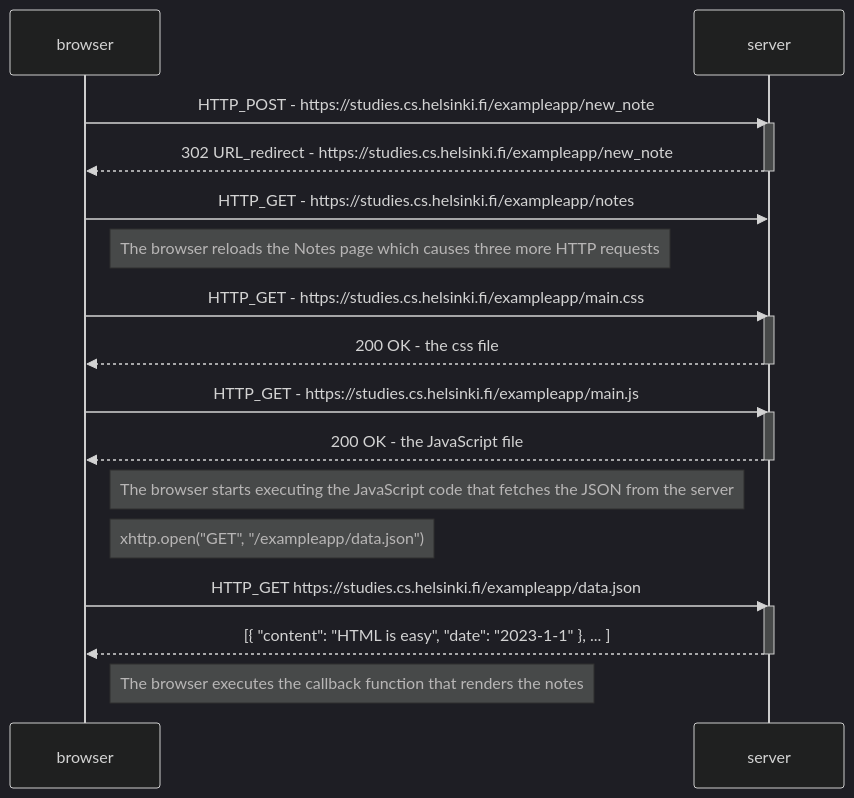
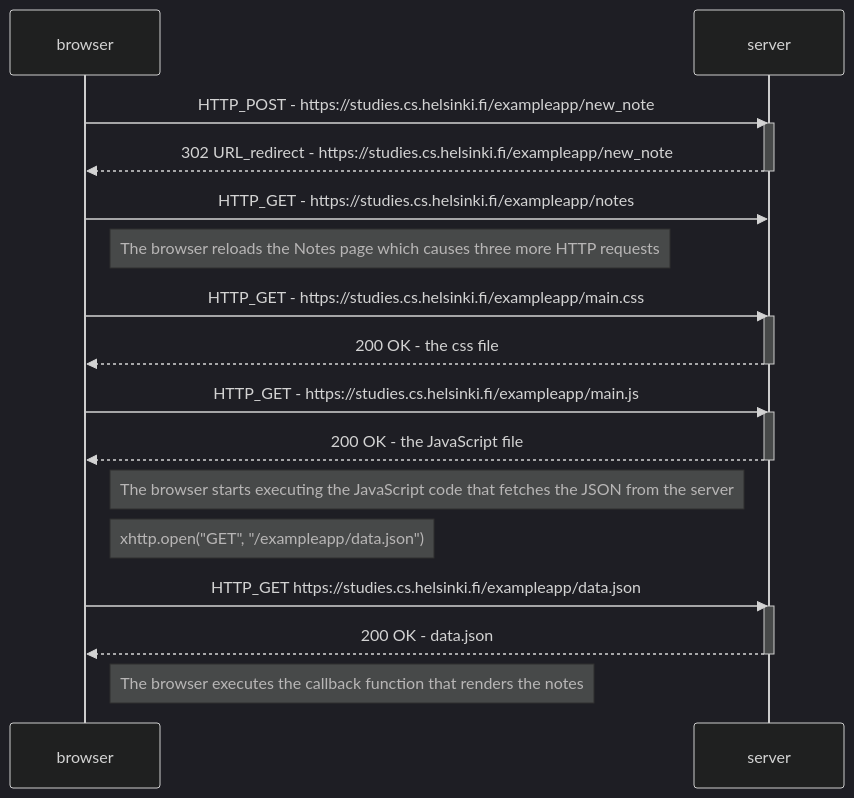
The diagram in Part0/0.4 - New note diagram/readme.md (TomppeliG6-8/fullstack), drawn with Mermaid (dark theme) before and after one commit.

````diff
--- a/Part0/0.4 - New note diagram/readme.md
+++ b/Part0/0.4 - New note diagram/readme.md
@@ -1,32 +1,32 @@
 ```mermaid
 sequenceDiagram
     participant browser
     participant server
 
     browser->>server: HTTP_POST - https://studies.cs.helsinki.fi/exampleapp/new_note
     activate server
     server-->>browser: 302 URL_redirect - https://studies.cs.helsinki.fi/exampleapp/new_note
     deactivate server
 
     browser->>server: HTTP_GET - https://studies.cs.helsinki.fi/exampleapp/notes
     Note right of browser: The browser reloads the Notes page which causes three more HTTP requests
     browser->>server: HTTP_GET - https://studies.cs.helsinki.fi/exampleapp/main.css
     activate server
     server-->>browser: 200 OK - the css file
     deactivate server
 
     browser->>server: HTTP_GET - https://studies.cs.helsinki.fi/exampleapp/main.js
     activate server
     server-->>browser: 200 OK - the JavaScript file
     deactivate server
 
     Note right of browser: The browser starts executing the JavaScript code that fetches the JSON from the server
     Note right of browser: xhttp.open("GET", "/exampleapp/data.json")
 
     browser->>server: HTTP_GET https://studies.cs.helsinki.fi/exampleapp/data.json
     activate server
-    server-->>browser: [{ "content": "HTML is easy", "date": "2023-1-1" }, ... ]
+    server-->>browser: 200 OK - data.json
     deactivate server
 
     Note right of browser: The browser executes the callback function that renders the notes
 ```
````
